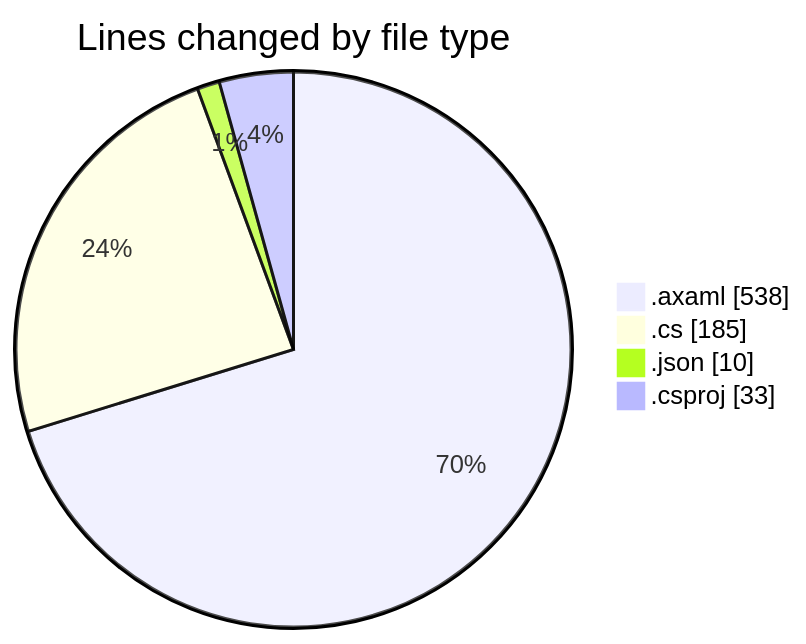
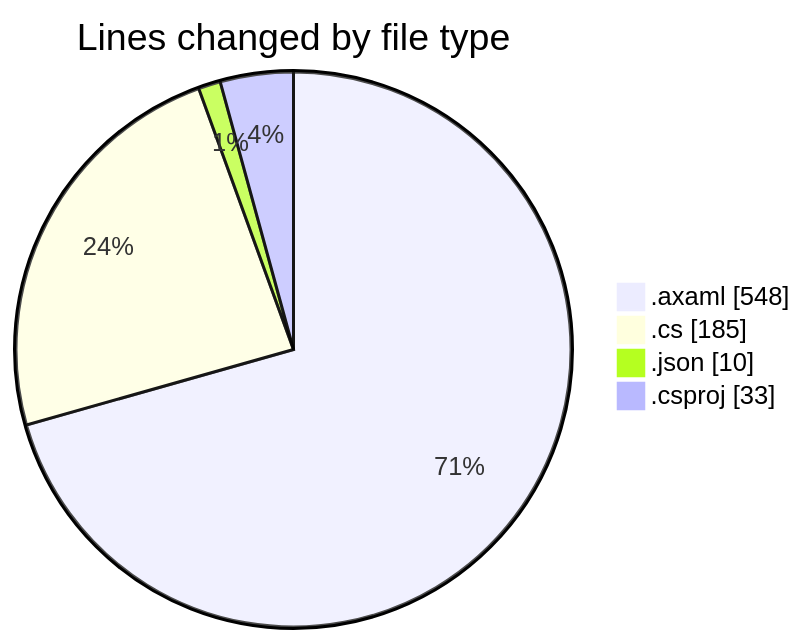
Before and after one commit to Netris89/code-tracking: the first of 2 diagrams in 2025-10-21/skintrack/README.md, drawn with Mermaid. The commit also changed other lines of this file and 1 other file, not shown here.

````diff
--- a/2025-10-21/skintrack/README.md
+++ b/2025-10-21/skintrack/README.md
@@ -30,8 +30,8 @@
 ```mermaid
 pie showData
 title Lines changed by file type
-".axaml" : 538
+".axaml" : 548
 ".cs" : 185
 ".json" : 10
 ".csproj" : 33
 ```
````
